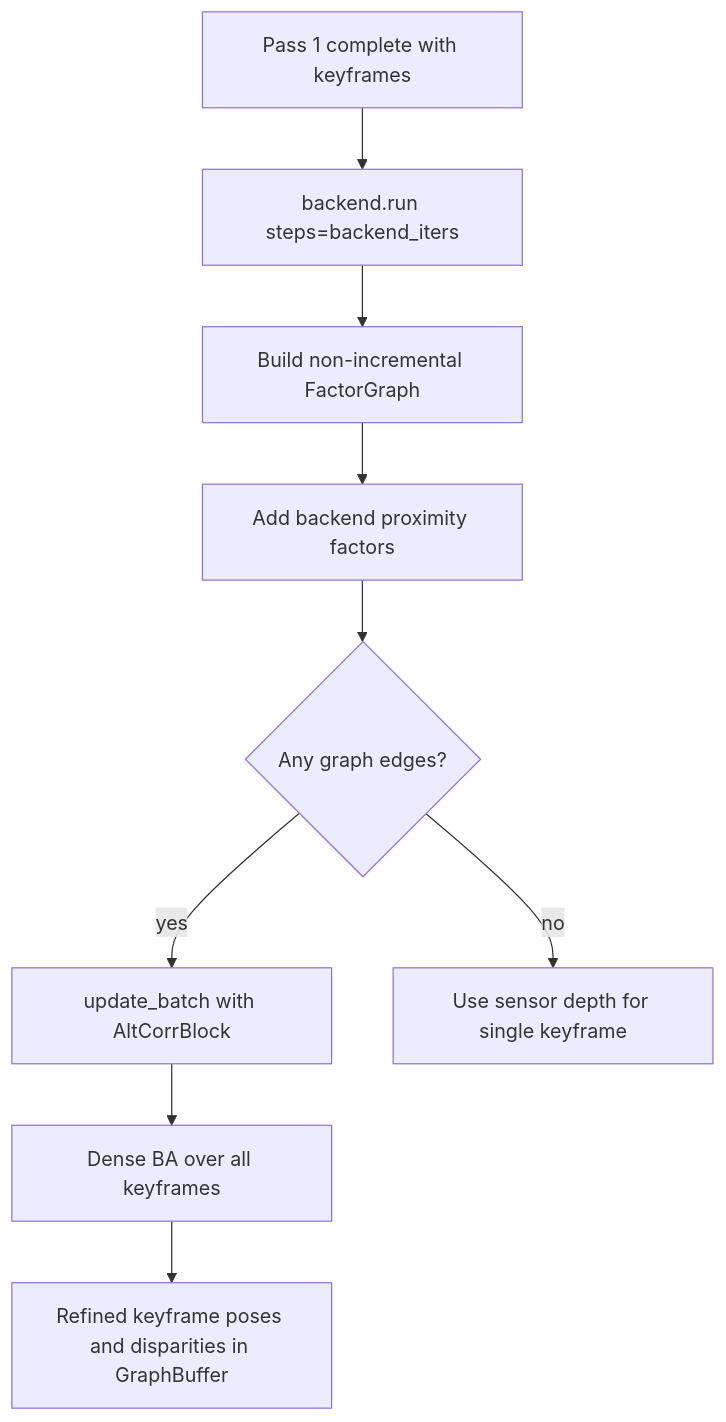
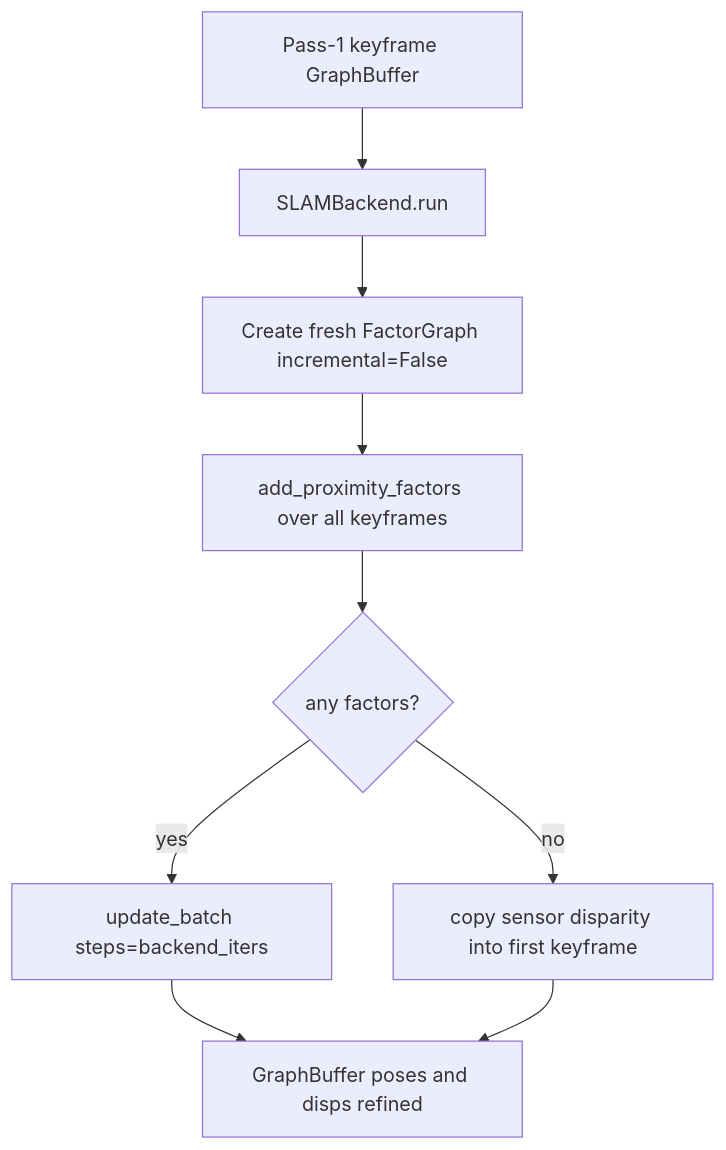
Before and after one commit to sadanand1120/vipe: the fourth of 6 diagrams in fullexplain.md, drawn with Mermaid. The commit also changed other lines of this file and 28 other files, not shown here.

````diff
--- a/fullexplain.md
+++ b/fullexplain.md
@@ -1470,11 +601,11 @@
 ```mermaid
 flowchart TD
-    A[Pass 1 complete with keyframes] --> B[backend.run steps=backend_iters]
-    B --> C[Build non-incremental FactorGraph]
-    C --> D[Add backend proximity factors]
-    D --> E{Any graph edges?}
-    E -->|yes| F[update_batch with AltCorrBlock]
-    E -->|no| G[Use sensor depth for single keyframe]
-    F --> H[Dense BA over all keyframes]
-    H --> K[Refined keyframe poses and disparities in GraphBuffer]
+    A[Pass-1 keyframe GraphBuffer] --> B[SLAMBackend.run]
+    B --> C[Create fresh FactorGraph incremental=False]
+    C --> D[add_proximity_factors over all keyframes]
+    D --> E{any factors?}
+    E -->|yes| F[update_batch steps=backend_iters]
+    E -->|no| G[copy sensor disparity into first keyframe]
+    F --> H[GraphBuffer poses and disps refined]
+    G --> H
 ```
````
